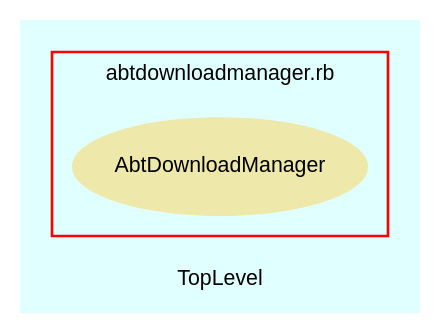
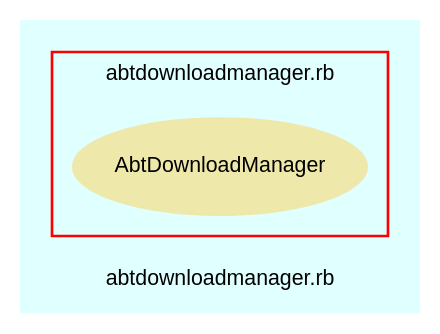
The diagram in src/trunk/doc/dot/f_1.dot (eschabell/abtlinux), drawn with Graphviz before and after one commit. The commit also changed 68 other files, not shown here.

```diff
--- a/src/trunk/doc/dot/f_1.dot
+++ b/src/trunk/doc/dot/f_1.dot
@@ -1,28 +1,28 @@
 digraph TopLevel {
     compound = true
     bgcolor = lightcyan1
     fontname = Arial
     fontsize = 8
-    label = "TopLevel"
+    label = "abtdownloadmanager.rb"
     node [
         fontname = Arial,
         fontsize = 8,
         color = black
     ]
 
     subgraph cluster_2 {
         fontname = Arial
         color = red
         label = "abtdownloadmanager.rb"
         AbtDownloadManager [
             fontcolor = black,
             URL = "classes/AbtDownloadManager.html",
             shape = ellipse,
             color = palegoldenrod,
             style = filled,
             label = "AbtDownloadManager"
         ]
 
     }
 
 }
```
